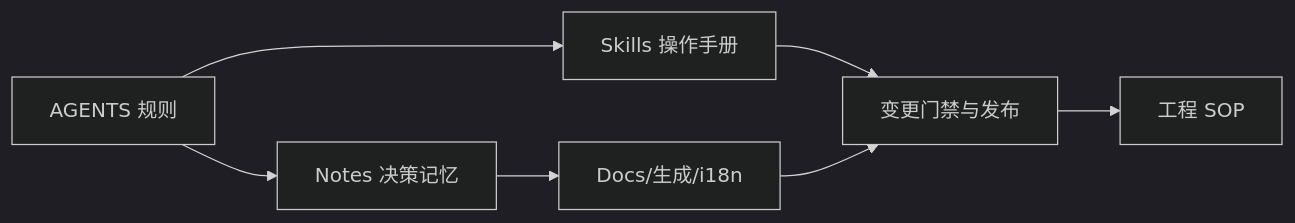
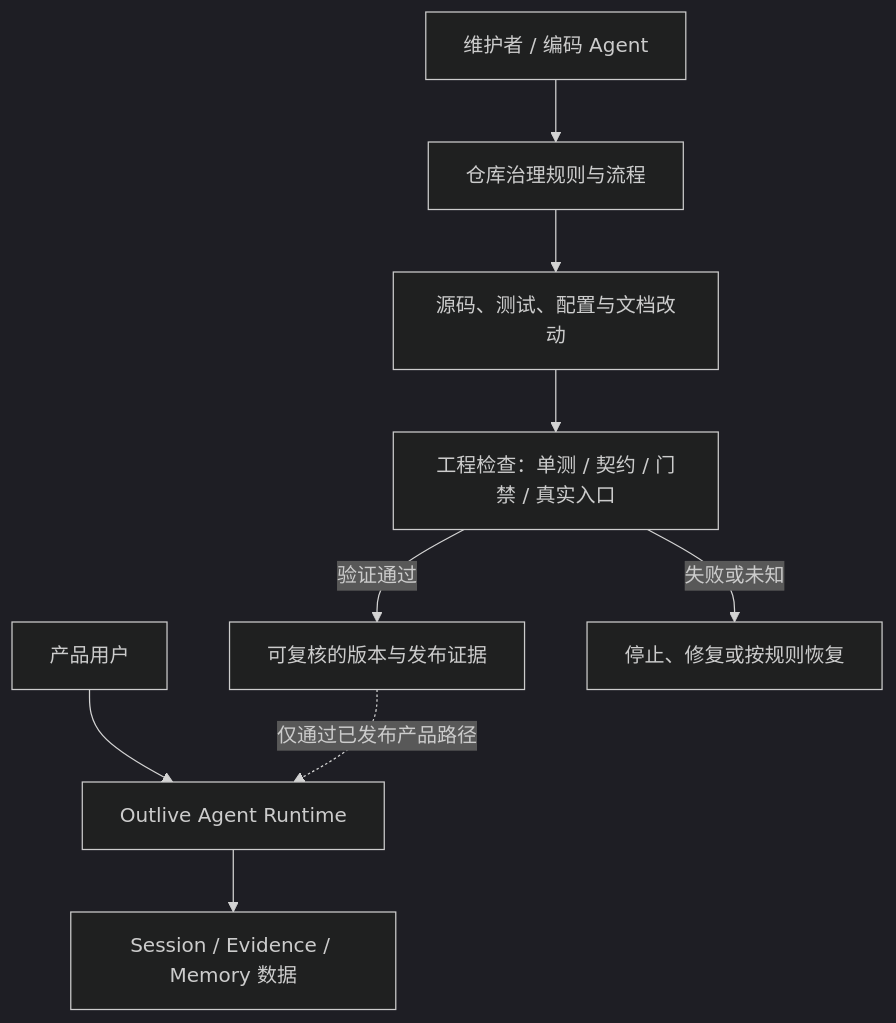
Before and after one commit to Cainheart/tracegraph-agent: the second of 2 diagrams in docs/outlive-agent-v2/02-repository-governance/README.md, drawn with Mermaid (dark theme). The commit also changed other lines of this file and 35 other files, not shown here.

First line of the commit message:
docs(architecture): 以 Agent Runtime 与 Session/Evidence 取代三平面模型

````diff
--- a/docs/outlive-agent-v2/02-repository-governance/README.md
+++ b/docs/outlive-agent-v2/02-repository-governance/README.md
@@ -15,9 +42,12 @@
 ```mermaid
-flowchart LR
-  A[AGENTS 规则] --> N[Notes 决策记忆]
-  A --> S[Skills 操作手册]
-  N --> D[Docs/生成/i18n]
-  S --> G[变更门禁与发布]
-  D --> G
-  G --> SOP[工程 SOP]
+flowchart TB
+  U[产品用户] --> P[Outlive Agent Runtime]
+  P --> D[Session / Evidence / Memory 数据]
+
+  M[维护者 / 编码 Agent] --> R[仓库治理规则与流程]
+  R --> S[源码、测试、配置与文档改动]
+  S --> G[工程检查：单测 / 契约 / 门禁 / 真实入口]
+  G -->|验证通过| A[可复核的版本与发布证据]
+  G -->|失败或未知| X[停止、修复或按规则恢复]
+  A -.仅通过已发布产品路径.-> P
 ```
````
